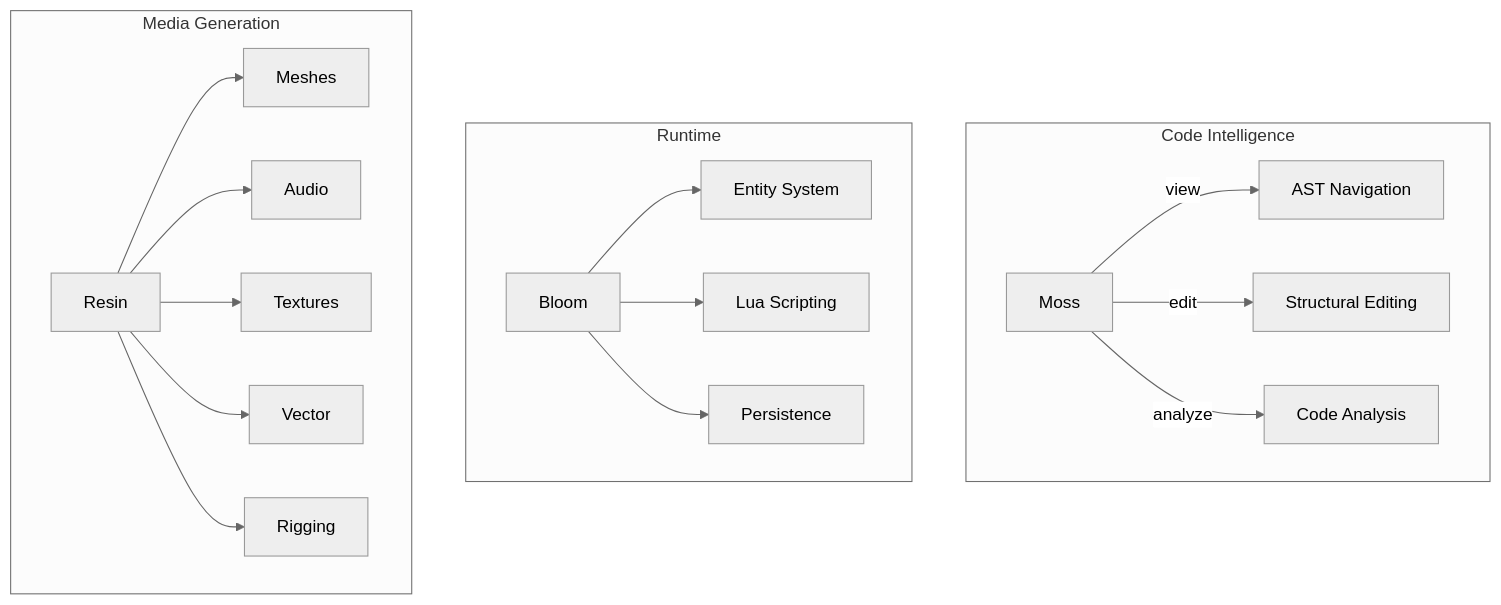
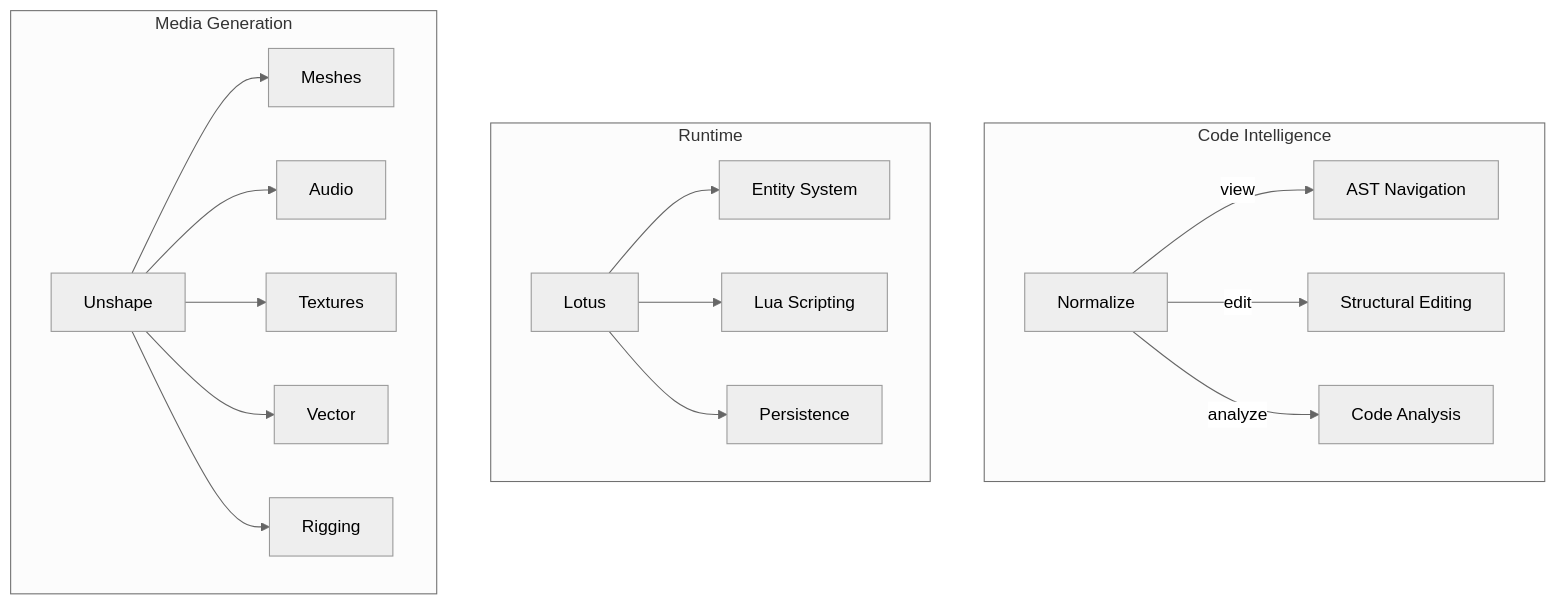
Before and after one commit to rhi-zone/rhi-zone.github.io: the first of 7 diagrams in docs/architecture.md, drawn with Mermaid (neutral theme). The commit also changed other lines of this file and 40 other files, not shown here.

````diff
--- a/docs/architecture.md
+++ b/docs/architecture.md
@@ -7,25 +7,25 @@
 ```mermaid
 graph TB
     subgraph "Code Intelligence"
-        M[Moss]
+        M[Normalize]
         M --> |view| AST[AST Navigation]
         M --> |edit| SE[Structural Editing]
         M --> |analyze| AN[Code Analysis]
     end
 
     subgraph "Runtime"
-        B[Bloom]
-        B --> ES[Entity System]
-        B --> LUA[Lua Scripting]
-        B --> PS[Persistence]
+        L[Lotus]
+        L --> ES[Entity System]
+        L --> LUA[Lua Scripting]
+        L --> PS[Persistence]
     end
 
     subgraph "Media Generation"
-        R[Resin]
+        R[Unshape]
         R --> MESH[Meshes]
         R --> AUD[Audio]
         R --> TEX[Textures]
         R --> VEC[Vector]
         R --> RIG[Rigging]
     end
 ```
````
